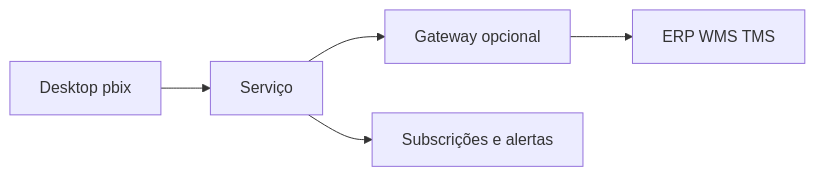
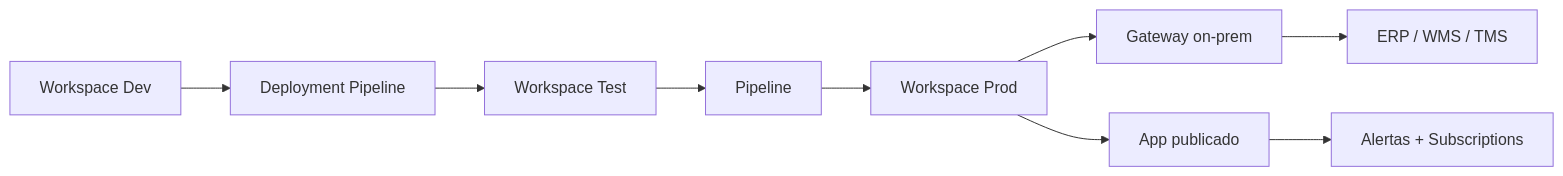
Before and after one commit to cleberhensel/logisticon-academy: the diagram in aulas/trilha-dados-analytics-logistica/modulo-03-power-bi-para-supply-chain/aula-03-operacional-vs-estrategico-power-bi.md, drawn with Mermaid. The commit also changed other lines of this file and 122 other files, not shown here.

````diff
--- a/aulas/trilha-dados-analytics-logistica/modulo-03-power-bi-para-supply-chain/aula-03-operacional-vs-estrategico-power-bi.md
+++ b/aulas/trilha-dados-analytics-logistica/modulo-03-power-bi-para-supply-chain/aula-03-operacional-vs-estrategico-power-bi.md
@@ -35,7 +132,11 @@
 ```mermaid
 flowchart LR
-  PBIX[Desktop pbix] --> S[Serviço]
-  S --> GW[Gateway opcional]
-  GW --> Origens[ERP WMS TMS]
-  S --> Sub[Subscrições e alertas]
+  Dev[Workspace Dev] --> Pipe[Deployment Pipeline]
+  Pipe --> Test[Workspace Test]
+  Test --> Pipe2[Pipeline]
+  Pipe2 --> Prod[Workspace Prod]
+  Prod --> GW[Gateway on-prem]
+  GW --> ERP[ERP / WMS / TMS]
+  Prod --> APP[App publicado]
+  APP --> Alerts[Alertas + Subscriptions]
 ```
````
